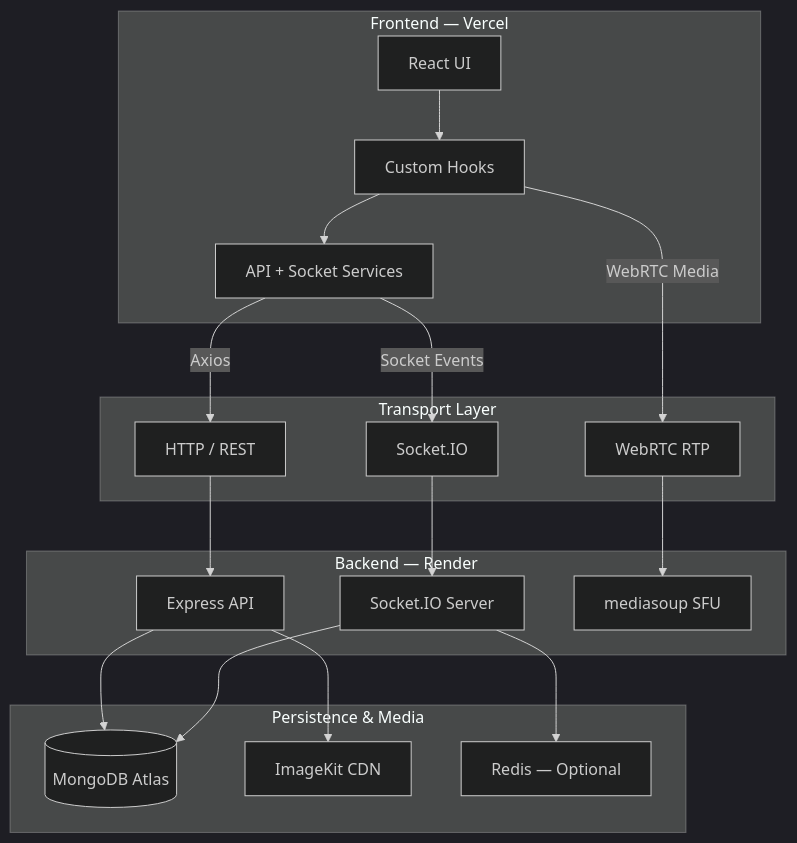
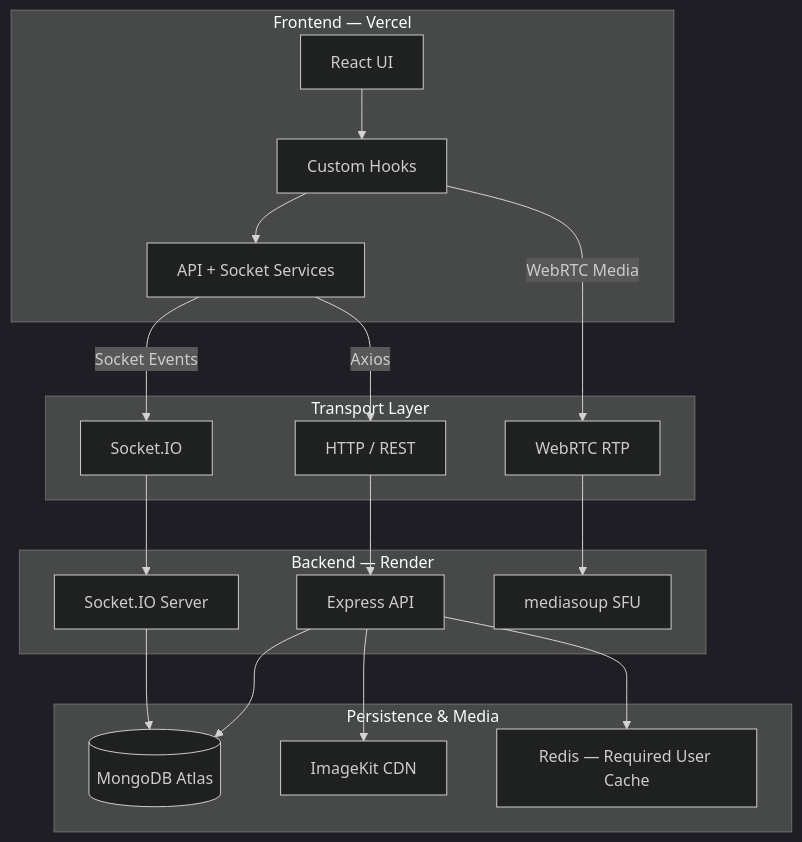
The diagram in README.md (soumojitbagchi/chatSocial), drawn with Mermaid (dark theme) before and after one commit. The commit also changed other lines of this file and 18 other files, not shown here.

Commit message:
feat(cache): add Redis user cache

````diff
--- a/README.md
+++ b/README.md
@@ -193,44 +193,44 @@
 ```mermaid
 graph TD
 
     subgraph Client["Frontend — Vercel"]
         UI["React UI"]
         Hooks["Custom Hooks"]
         Services["API + Socket Services"]
 
         UI --> Hooks
         Hooks --> Services
     end
 
     subgraph Transport["Transport Layer"]
         REST["HTTP / REST"]
         SOCKET["Socket.IO"]
         WEBRTC["WebRTC RTP"]
     end
 
     subgraph Server["Backend — Render"]
         EXPRESS["Express API"]
         SOCKETSERVER["Socket.IO Server"]
         SFU["mediasoup SFU"]
     end
 
     subgraph Storage["Persistence & Media"]
         DB[("MongoDB Atlas")]
         CDN["ImageKit CDN"]
-        REDIS["Redis — Optional"]
+        REDIS["Redis — Required User Cache"]
     end
 
     Services -->|Axios| REST
     REST --> EXPRESS
 
     Services -->|Socket Events| SOCKET
     SOCKET --> SOCKETSERVER
 
     Hooks -->|WebRTC Media| WEBRTC
     WEBRTC --> SFU
 
     EXPRESS --> DB
     EXPRESS --> CDN
+    EXPRESS --> REDIS
     SOCKETSERVER --> DB
-    SOCKETSERVER --> REDIS
 ```
````
